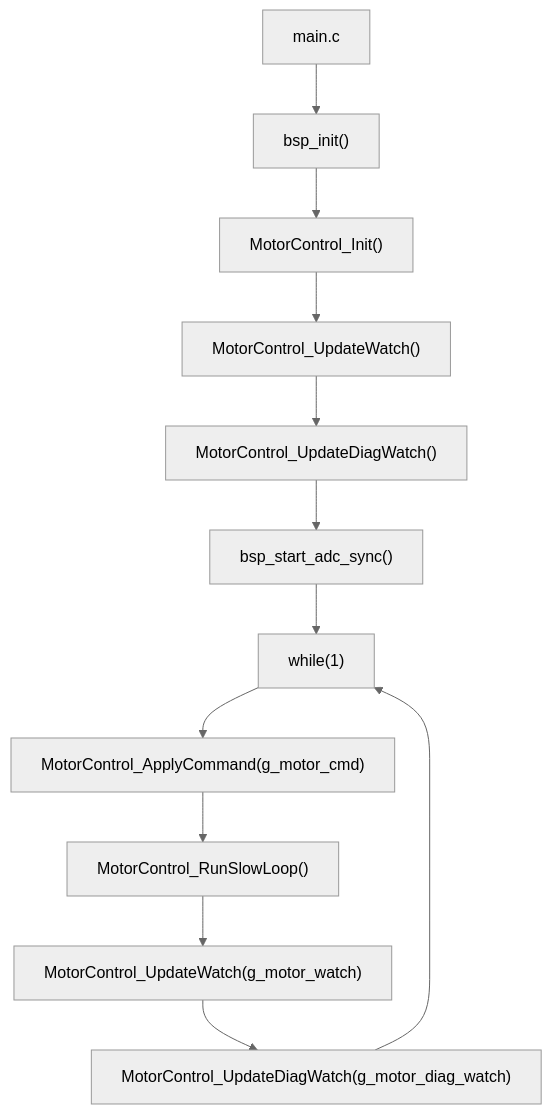
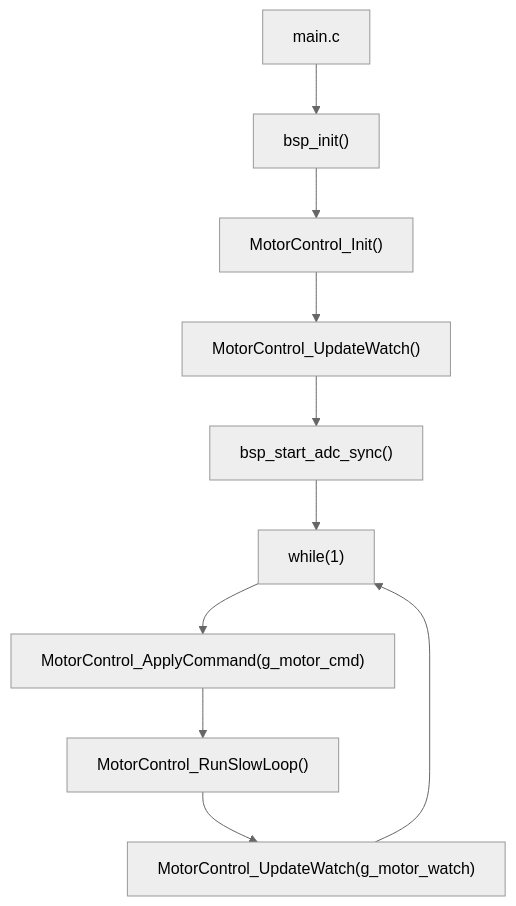
The first of 4 diagrams in Docs/Architecture/ActiveControlChain.md (niahosi/CMS32FOC_GCC), drawn with Mermaid (neutral theme) before and after one commit. The commit also changed other lines of this file and 14 other files, not shown here.

````diff
--- a/Docs/Architecture/ActiveControlChain.md
+++ b/Docs/Architecture/ActiveControlChain.md
@@ -13,14 +13,12 @@
 ```mermaid
 flowchart TD
     main["main.c"] --> bsp["bsp_init()"]
     bsp --> mcinit["MotorControl_Init()"]
     mcinit --> watch0["MotorControl_UpdateWatch()"]
-    watch0 --> diagwatch0["MotorControl_UpdateDiagWatch()"]
-    diagwatch0 --> adcstart["bsp_start_adc_sync()"]
+    watch0 --> adcstart["bsp_start_adc_sync()"]
     adcstart --> loop["while(1)"]
     loop --> apply["MotorControl_ApplyCommand(g_motor_cmd)"]
     apply --> slow["MotorControl_RunSlowLoop()"]
     slow --> watch["MotorControl_UpdateWatch(g_motor_watch)"]
-    watch --> diagwatch["MotorControl_UpdateDiagWatch(g_motor_diag_watch)"]
-    diagwatch --> loop
+    watch --> loop
 ```
````
